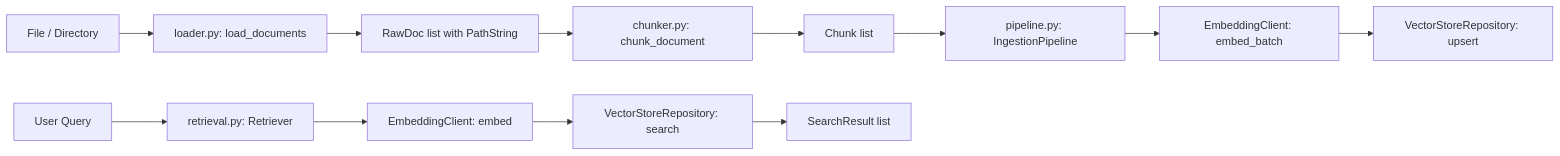
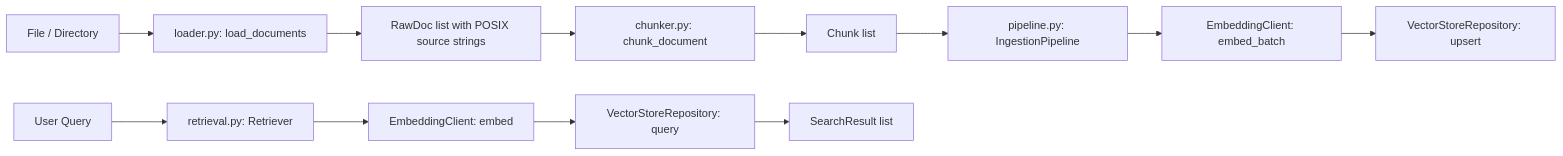
Before and after one commit to Mango-Metrics-NLM/MangoMas_V2: the second of 3 diagrams in docs/architecture/c4-code.md, drawn with Mermaid. The commit also changed other lines of this file and 6 other files, not shown here.

````diff
--- a/docs/architecture/c4-code.md
+++ b/docs/architecture/c4-code.md
@@ -142,15 +141,15 @@
 ```mermaid
 flowchart LR
     DocDir[File / Directory] --> Loader[loader.py: load_documents]
-    Loader --> RawDocs[RawDoc list with PathString]
+    Loader --> RawDocs[RawDoc list with POSIX source strings]
     RawDocs --> Chunker[chunker.py: chunk_document]
     Chunker --> Chunks[Chunk list]
     Chunks --> Pipeline[pipeline.py: IngestionPipeline]
     Pipeline --> Embedder[EmbeddingClient: embed_batch]
     Embedder --> VectorStore[VectorStoreRepository: upsert]
     
     Query[User Query] --> Retriever[retrieval.py: Retriever]
     Retriever --> EmbedQuery[EmbeddingClient: embed]
-    EmbedQuery --> Search[VectorStoreRepository: search]
+    EmbedQuery --> Search[VectorStoreRepository: query]
     Search --> SearchResults[SearchResult list]
 ```
````
